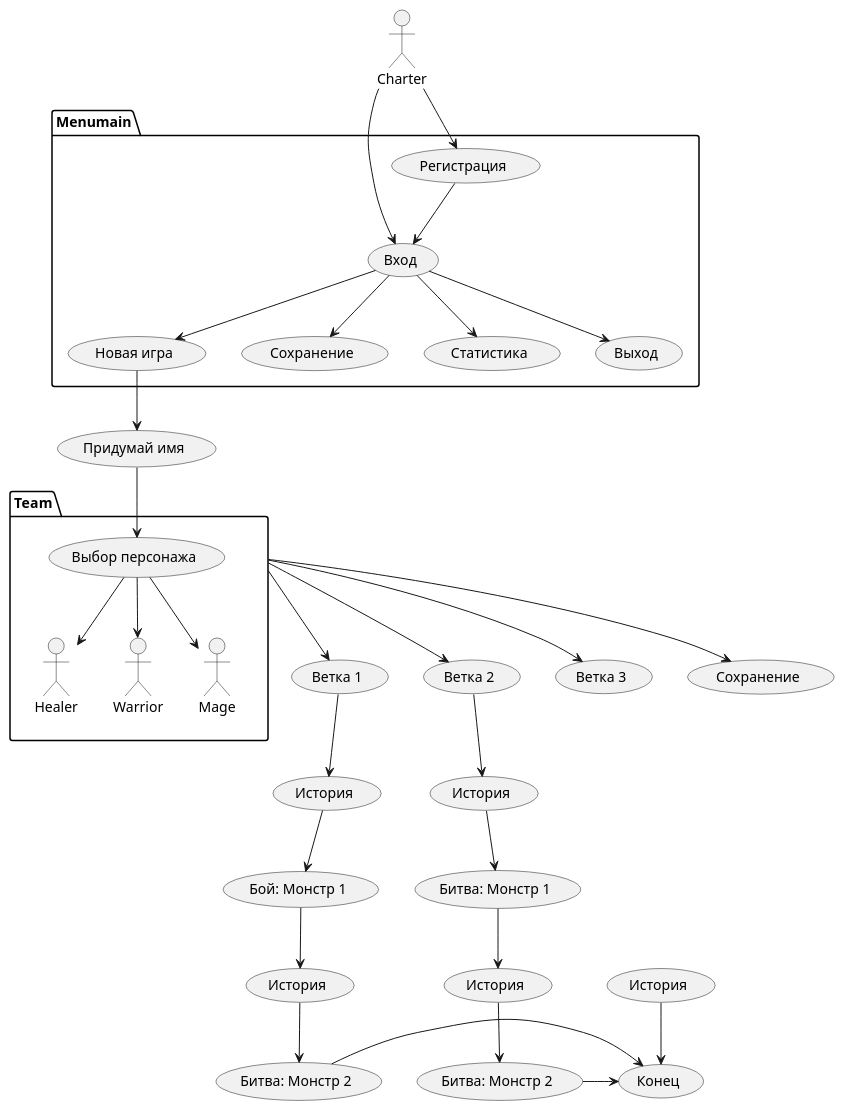
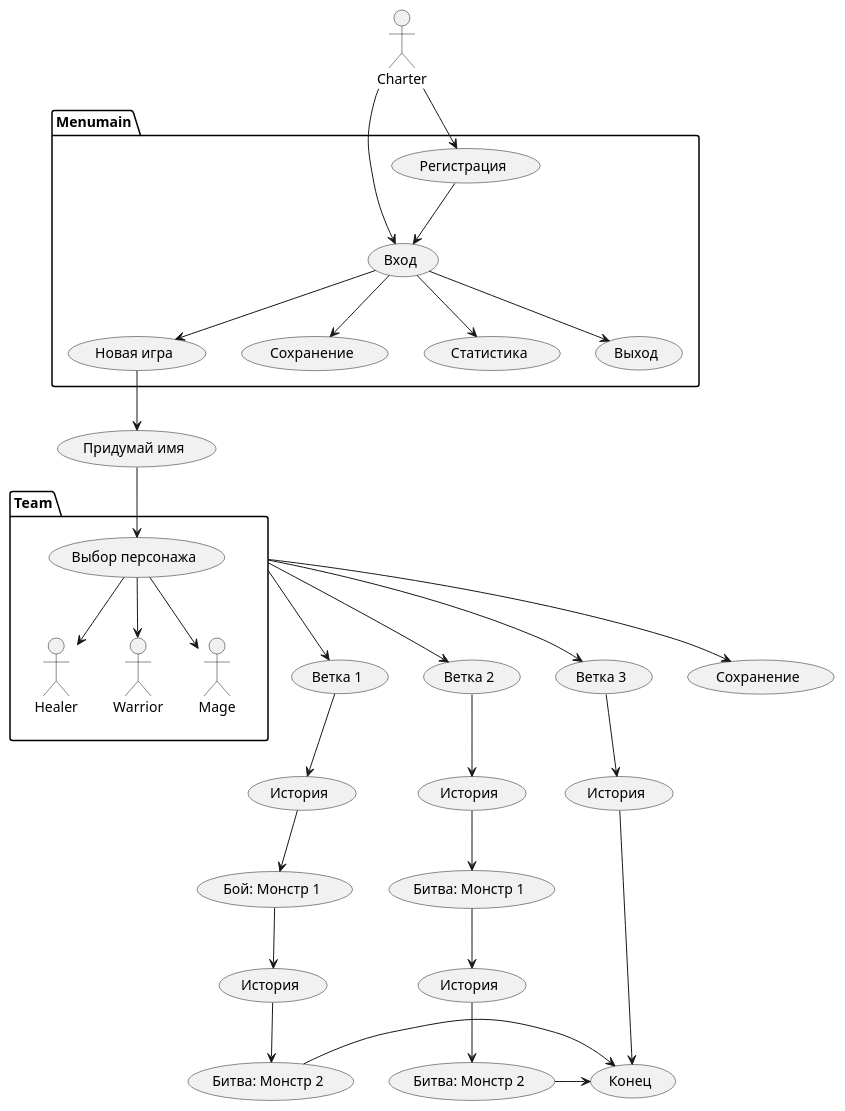
Before and after one commit to synxdoxx/lr2_pioa: the diagram in diagram2.puml, drawn with PlantUML.

```diff
--- a/diagram2.puml
+++ b/diagram2.puml
@@ -1,64 +1,65 @@
 @startuml
 actor Charter
 package Menumain {
   usecase "Вход" as men1
   usecase "Регистрация" as men2
   usecase "Новая игра" as men3
   usecase "Cохранение" as men4
   usecase "Cтатистикa" as men5
   usecase "Выход" as men6
   Charter --> men1
   Charter --> men2
   men2 --> men1
   men1 --> men3
   men1 --> men4
   men1 --> men5
   men1 --> men6
 }
 usecase "Придумай имя" as name
   men3 --> name
 package Team {
     actor "Healer" as ch_1
     actor "Warrior" as ch_2
     actor "Mage" as ch_3
 usecase "Выбор персонажа" as pers
     pers --> ch_1
     pers --> ch_2
     pers --> ch_3
 name --> pers
 }
     usecase "Ветка 1" as tr1
     usecase "Ветка 2" as tr2
     usecase "Ветка 3" as tr3
     usecase "Сохранение" as tr4
 Team --> tr1
 Team --> tr2
 Team --> tr3
 Team --> tr4
  usecase "Конец" as fin1
 
 
 usecase "История" as his1
 tr1 --> his1
 usecase "Бой: Монстр 1" as his2
 his1 --> his2
 
 usecase "История" as his4
 his2 --> his4
 usecase "Битва: Монстр 2" as his5
 his4 --> his5
 
 usecase "История" as his6
 tr2 --> his6
 usecase "Битва: Монстр 1" as his7
 his6 --> his7
 usecase "История" as his8
 his7 --> his8
 his5 -> fin1
 
 usecase "Битва: Монстр 2" as his9
 his8 --> his9
 his9 -> fin1
 usecase "История" as his10
+tr3 --> his10
 his10 --> fin1
 @enduml
```
